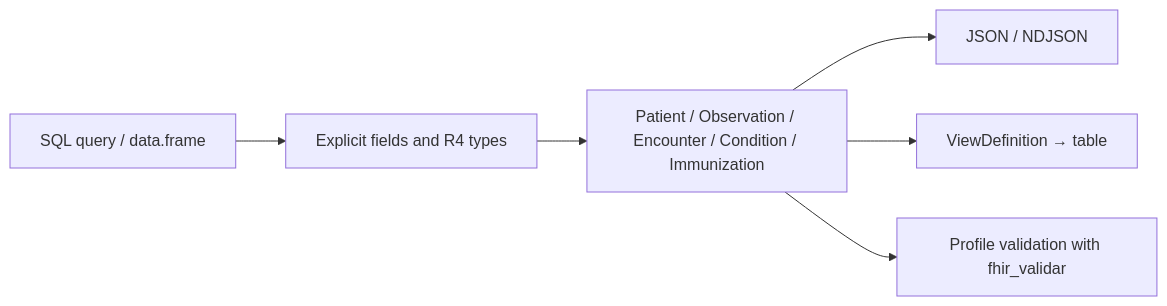
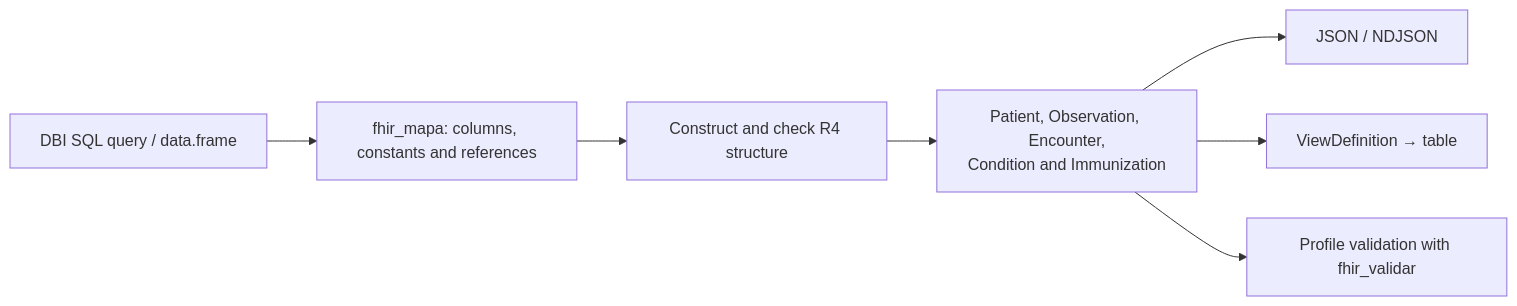
Before and after one commit to f-slg/fhirviews: the ninth of 10 diagrams in README.en.md, drawn with Mermaid. The commit also changed other lines of this file and 5 other files, not shown here.

Commit message:
Replace opening diagram with Mermaid and document the R4 and Rust scope

````diff
--- a/README.en.md
+++ b/README.en.md
@@ -653,8 +666,9 @@
 ```mermaid
 flowchart LR
-    DB["SQL query / data.frame"] --> M["Explicit fields and R4 types"]
-    M --> R["Patient / Observation / Encounter / Condition / Immunization"]
+    DB["DBI SQL query / data.frame"] --> M["fhir_mapa: columns, constants and references"]
+    M --> CHECK["Construct and check R4 structure"]
+    CHECK --> R["Patient, Observation, Encounter,<br/>Condition and Immunization"]
     R --> J["JSON / NDJSON"]
     R --> V["ViewDefinition → table"]
     R --> C["Profile validation with fhir_validar"]
 ```
````
